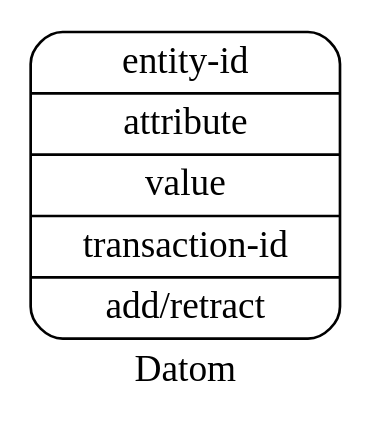
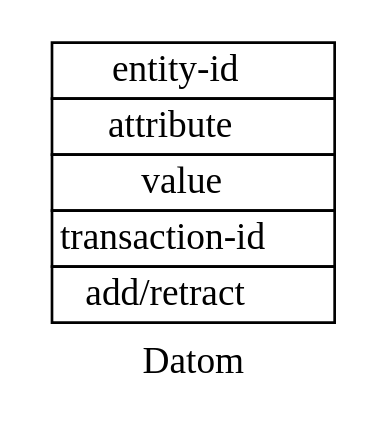
Before and after one commit to felixflores/datomic_explanation: the diagram in doc/slide0.dot, drawn with Graphviz. The commit also changed 25 other files, not shown here.

```diff
--- a/doc/slide0.dot
+++ b/doc/slide0.dot
@@ -1,5 +1,13 @@
 digraph {
-  node [shape=record]
+  node [shape=plaintext]
   label="Datom"
-  datom [label="{ entity-id | attribute | value | transaction-id | add/retract }" shape=Mrecord]
+  datom [label=<
+  <table border="0" cellborder="1" cellspacing="0">
+    <tr><td>entity-id</td></tr>
+    <tr><td>attribute</td></tr>
+    <tr><td>value</td></tr>
+    <tr><td>transaction-id</td></tr>
+    <tr><td>add/retract</td></tr>
+  </table>
+  >]
 }
```
